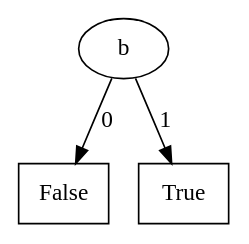
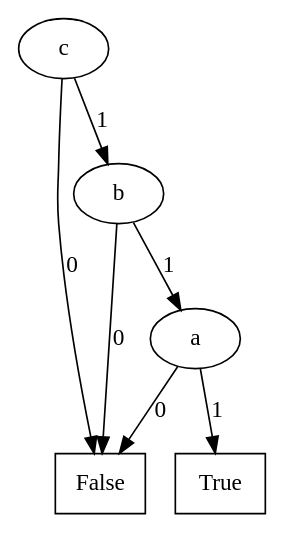
The diagram in Mu-calculus_model_checker/f1.dot (lputruele/tesis), drawn with Graphviz before and after one commit. The commit also changed 10 other files, not shown here.

```diff
--- a/Mu-calculus_model_checker/f1.dot
+++ b/Mu-calculus_model_checker/f1.dot
@@ -1,15 +1,31 @@
 digraph BDD {
 node[shape=oval];
-2[label="b"];
+4[label="c"];
+node[shape=rectangle];
+0[label=False];
+node[shape=oval];
+
+4->0[label=0];
+3[label="b"];
+node[shape=rectangle];
+0[label=False];
+node[shape=oval];
+
+3->0[label=0];
+2[label="a"];
 node[shape=rectangle];
 0[label=False];
 node[shape=oval];
 
 2->0[label=0];
 node[shape=rectangle];
 1[label=True];
 node[shape=oval];
 
 2->1[label=1];
 
+3->2[label=1];
+
+4->3[label=1];
+
 }
```
